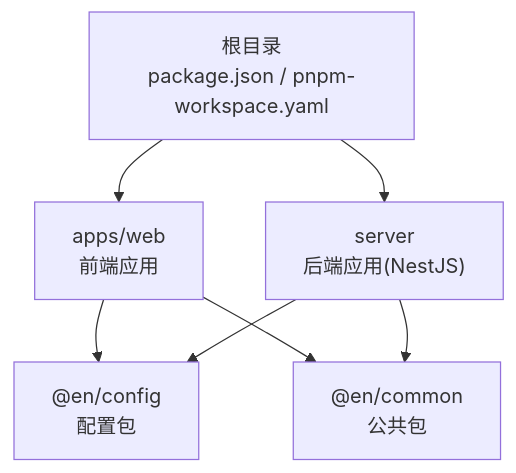
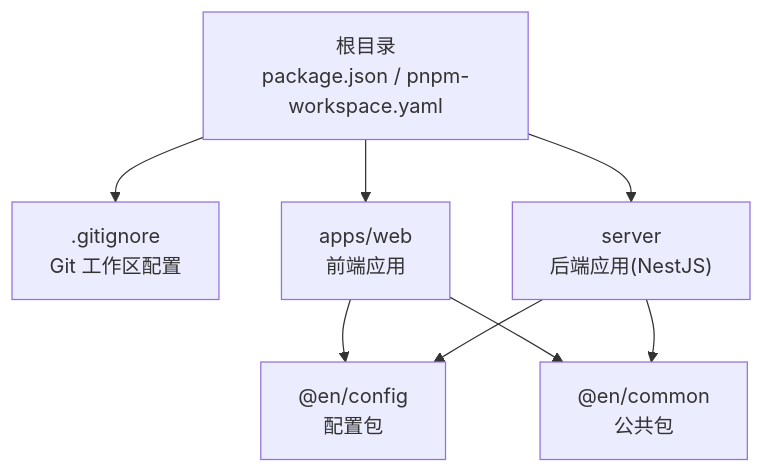
One commit to LihaoZDB/English-Study changed the first of 8 diagrams in .qoder/repowiki/zh/content/配置管理/配置管理.md. Above: the diagram before and after it, drawn with Mermaid. The commit also changed other lines of this file and 6 other files, not shown here.

````diff
--- a/.qoder/repowiki/zh/content/配置管理/配置管理.md
+++ b/.qoder/repowiki/zh/content/配置管理/配置管理.md
@@ -51,14 +60,16 @@
 ```mermaid
 graph TB
 Root["根目录<br/>package.json / pnpm-workspace.yaml"]
+GitIgnore[".gitignore<br/>Git 工作区配置"]
 Web["apps/web<br/>前端应用"]
 Server["server<br/>后端应用(NestJS)"]
 PkgCfg["@en/config<br/>配置包"]
 PkgCommon["@en/common<br/>公共包"]
 Root --> Web
 Root --> Server
+Root --> GitIgnore
 Web --> PkgCfg
 Web --> PkgCommon
 Server --> PkgCfg
 Server --> PkgCommon
 ```
````
